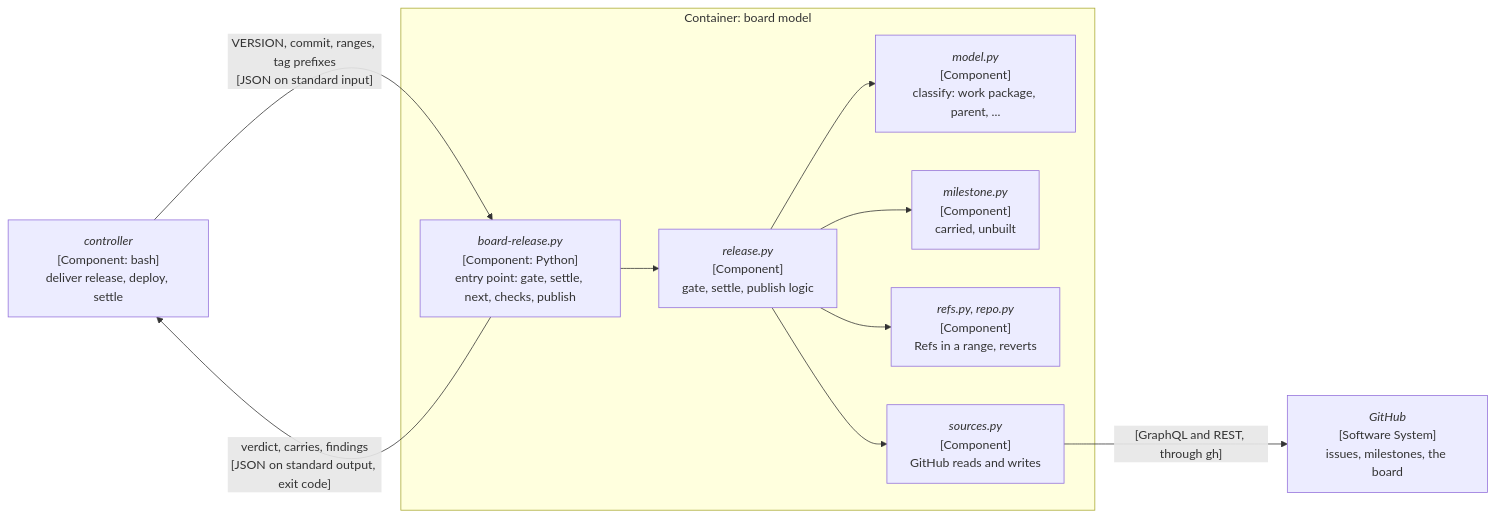
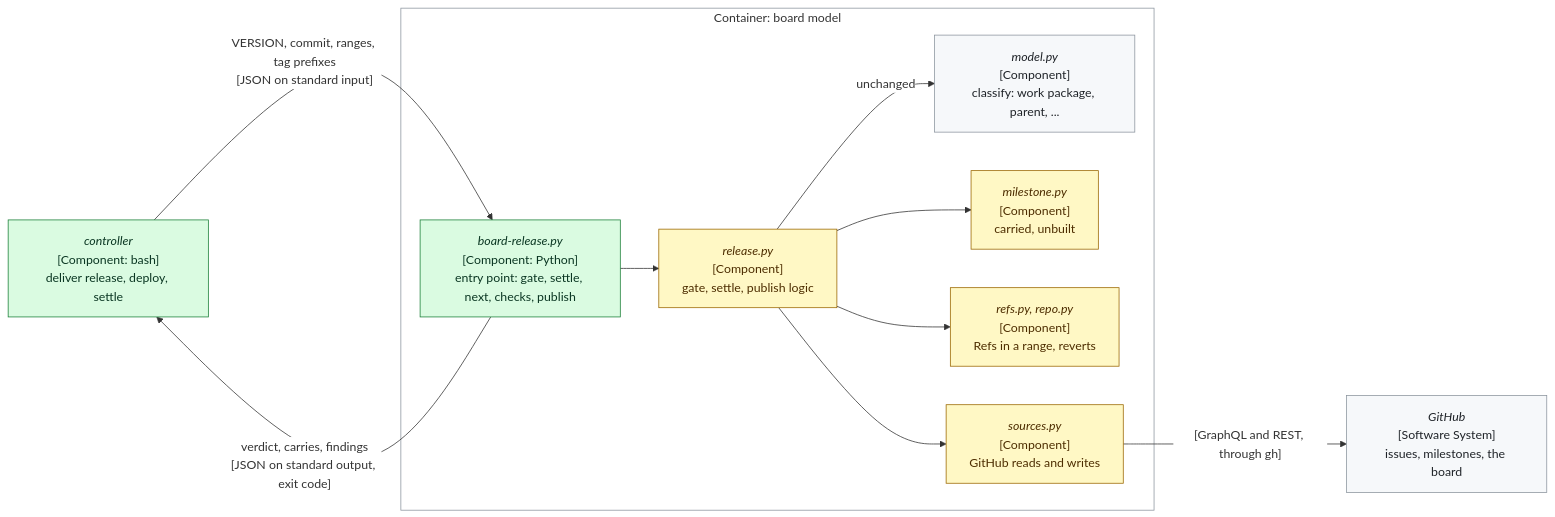
One commit to delphside/programme changed the seventh of 7 diagrams in records/2.5-changes/programme-tooling/117-generic-deliver-tool/design.md. Above: the diagram before and after it, drawn with Mermaid. The commit also changed other lines of this file, not shown here.

````diff
--- a/records/2.5-changes/programme-tooling/117-generic-deliver-tool/design.md
+++ b/records/2.5-changes/programme-tooling/117-generic-deliver-tool/design.md
@@ -632,21 +896,28 @@
 ```mermaid
+%%{init: {"themeVariables": {"clusterBkg": "#ffffff", "clusterBorder": "#8c959f", "edgeLabelBackground": "#ffffff"}}}%%
 flowchart LR
   CTL["<i>controller</i><br>[Component: bash]<br>deliver release, deploy, settle"]
   subgraph MODEL["Container: board model"]
     BR["<i>board-release.py</i><br>[Component: Python]<br>entry point: gate, settle, next, checks, publish"]
     RL["<i>release.py</i><br>[Component]<br>gate, settle, publish logic"]
     M["<i>model.py</i><br>[Component]<br>classify: work package, parent, ..."]
     MS["<i>milestone.py</i><br>[Component]<br>carried, unbuilt"]
     RF["<i>refs.py, repo.py</i><br>[Component]<br>Refs in a range, reverts"]
     SRC["<i>sources.py</i><br>[Component]<br>GitHub reads and writes"]
   end
   GH["<i>GitHub</i><br>[Software System]<br>issues, milestones, the board"]
   CTL -->|"VERSION, commit, ranges, tag prefixes<br>[JSON on standard input]"| BR
   BR -->|"verdict, carries, findings<br>[JSON on standard output, exit code]"| CTL
   BR --> RL
-  RL --> M
+  RL -->|unchanged| M
   RL --> MS
   RL --> RF
   RL --> SRC
   SRC -->|"[GraphQL and REST, through gh]"| GH
+  classDef unchanged    fill:#f6f8fa,stroke:#8c959f,color:#1f2328
+  classDef new          fill:#dafbe1,stroke:#1a7f37,color:#0a3622
+  classDef changed      fill:#fff8c5,stroke:#9a6700,color:#4d2d00
+  class CTL,BR new
+  class RL,MS,RF,SRC changed
+  class M,GH unchanged
 ```
````
